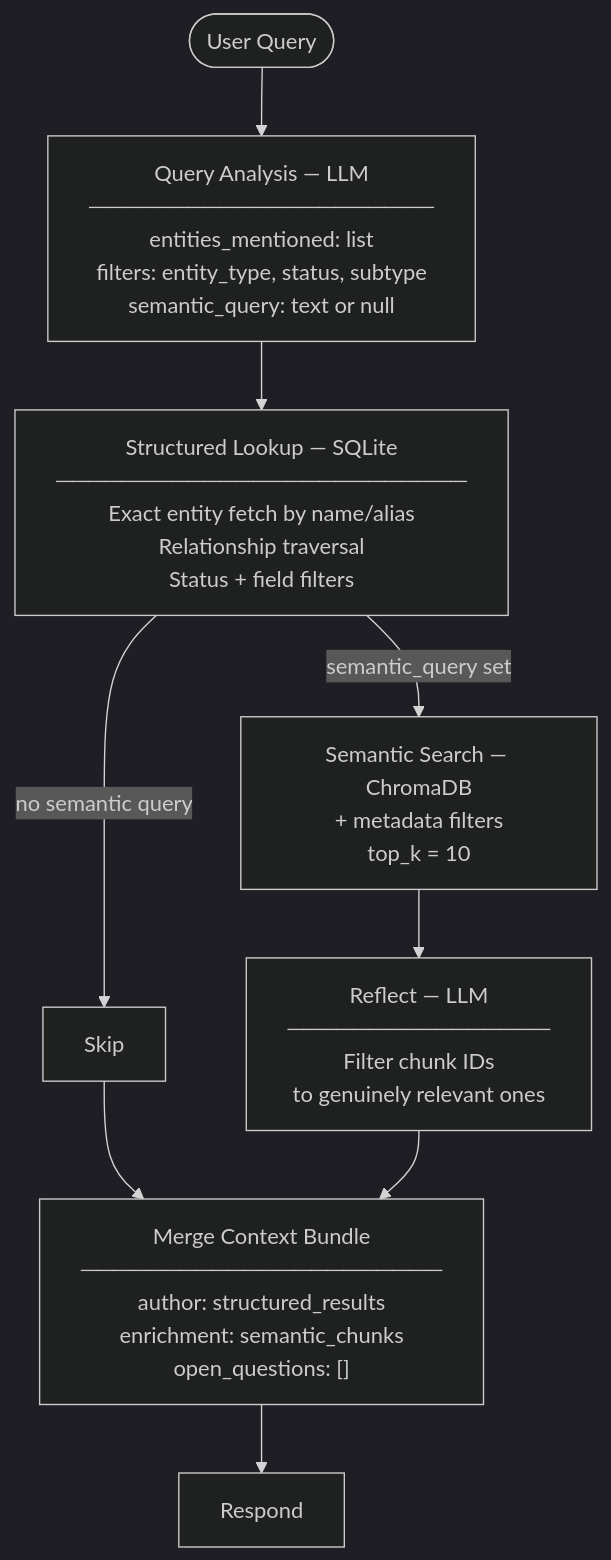
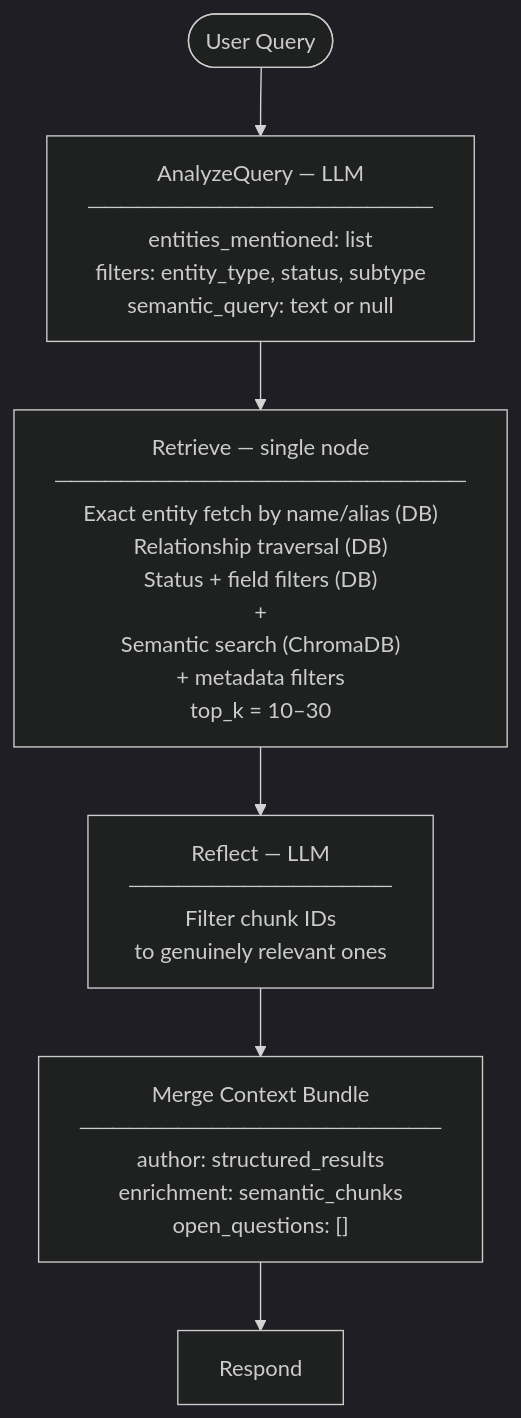
Before and after one commit to rpurser47/game_notebook: the fourth of 4 diagrams in docs/design.md, drawn with Mermaid (dark theme). The commit also changed other lines of this file and 14 other files, not shown here.

````diff
--- a/docs/design.md
+++ b/docs/design.md
@@ -332,16 +335,12 @@
 ```mermaid
 flowchart TD
-    Q([User Query]) --> QA["Query Analysis — LLM\n─────────────────────\nentities_mentioned: list\nfilters: entity_type, status, subtype\nsemantic_query: text or null"]
+    Q([User Query]) --> QA["AnalyzeQuery — LLM\n─────────────────────\nentities_mentioned: list\nfilters: entity_type, status, subtype\nsemantic_query: text or null"]
 
-    QA --> RS["Structured Lookup — SQLite\n─────────────────────────\nExact entity fetch by name/alias\nRelationship traversal\nStatus + field filters"]
+    QA --> R["Retrieve — single node\n─────────────────────────\nExact entity fetch by name/alias (DB)\nRelationship traversal (DB)\nStatus + field filters (DB)\n+\nSemantic search (ChromaDB)\n+ metadata filters\ntop_k = 10–30"]
 
-    RS -->|semantic_query set| SS["Semantic Search — ChromaDB\n+ metadata filters\ntop_k = 10"]
-    RS -->|no semantic query| Skip
-
-    SS --> Reflect["Reflect — LLM\n────────────────\nFilter chunk IDs\nto genuinely relevant ones"]
-    Skip --> Merge
+    R --> Reflect["Reflect — LLM\n────────────────\nFilter chunk IDs\nto genuinely relevant ones"]
 
     Reflect --> Merge["Merge Context Bundle\n──────────────────────\nauthor: structured_results\nenrichment: semantic_chunks\nopen_questions: []"]
 
     Merge --> Respond
 ```
````
